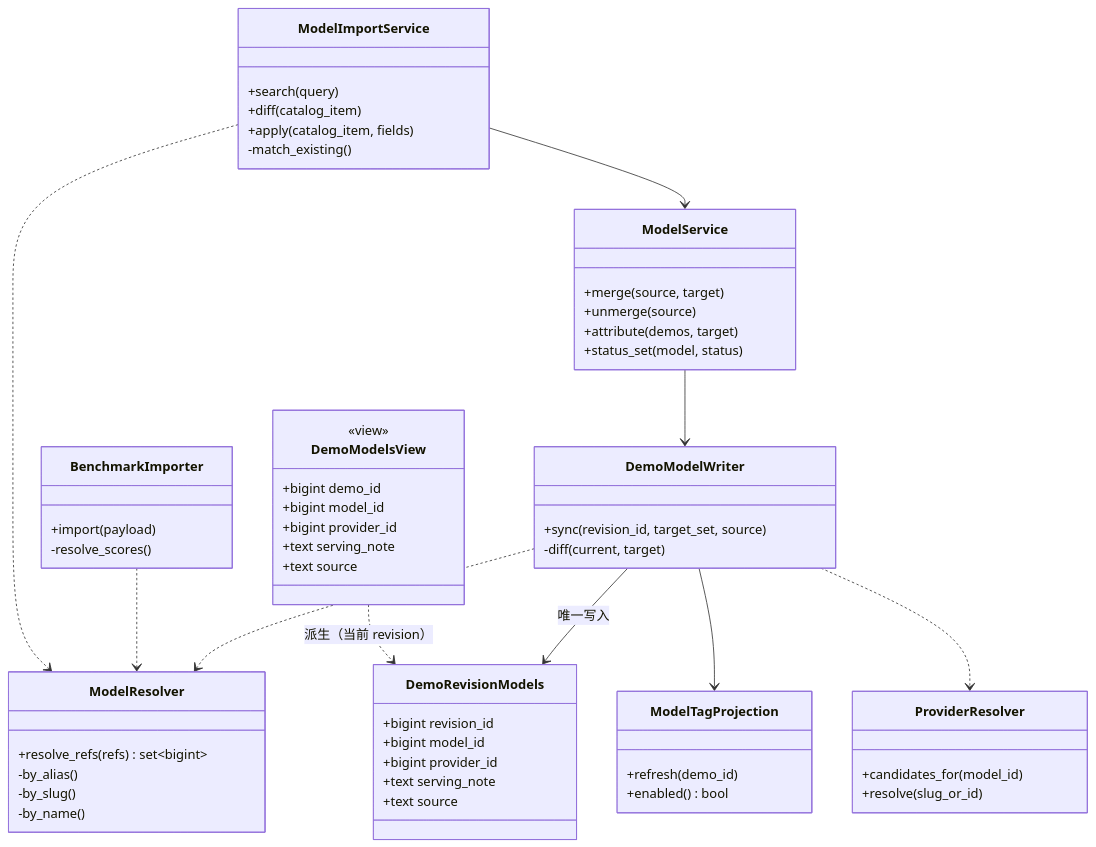
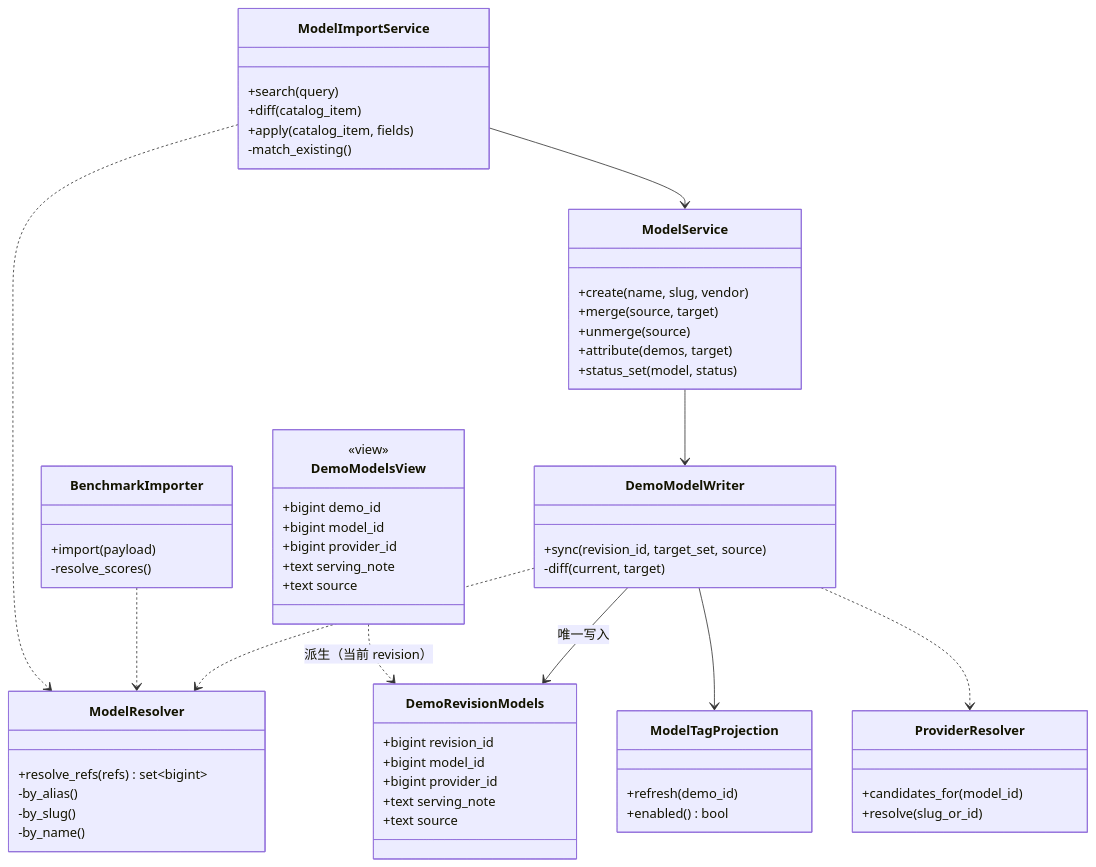
One commit to deepdemos/ds-demos-showcase changed diagram 12 of 14 in docs/模型域设计.md. Above: the diagram before and after it, drawn with Mermaid. The commit also changed other lines of this file and 245 other files, not shown here.

````diff
--- a/docs/模型域设计.md
+++ b/docs/模型域设计.md
@@ -1513,62 +1521,63 @@
 ```mermaid
 classDiagram
     class ModelResolver {
         +resolve_refs(refs) set~bigint~
         -by_alias()
         -by_slug()
         -by_name()
     }
     class DemoModelWriter {
         +sync(revision_id, target_set, source)
         -diff(current, target)
     }
     class ModelTagProjection {
         +refresh(demo_id)
         +enabled() bool
     }
     class ModelService {
+        +create(name, slug, vendor)
         +merge(source, target)
         +unmerge(source)
         +attribute(demos, target)
         +status_set(model, status)
     }
     class BenchmarkImporter {
         +import(payload)
         -resolve_scores()
     }
     class ModelImportService {
         +search(query)
         +diff(catalog_item)
         +apply(catalog_item, fields)
         -match_existing()
     }
     class ProviderResolver {
         +candidates_for(model_id)
         +resolve(slug_or_id)
     }
     class DemoRevisionModels {
         +bigint revision_id
         +bigint model_id
         +bigint provider_id
         +text serving_note
         +text source
     }
     class DemoModelsView {
         <<view>>
         +bigint demo_id
         +bigint model_id
         +bigint provider_id
         +text serving_note
         +text source
     }
 
     DemoModelWriter --> DemoRevisionModels : 唯一写入
     DemoModelsView ..> DemoRevisionModels : 派生（当前 revision）
     ModelService --> DemoModelWriter
     DemoModelWriter --> ModelTagProjection
     DemoModelWriter ..> ModelResolver
     DemoModelWriter ..> ProviderResolver
     BenchmarkImporter ..> ModelResolver
     ModelImportService ..> ModelResolver
     ModelImportService --> ModelService
 ```
````
